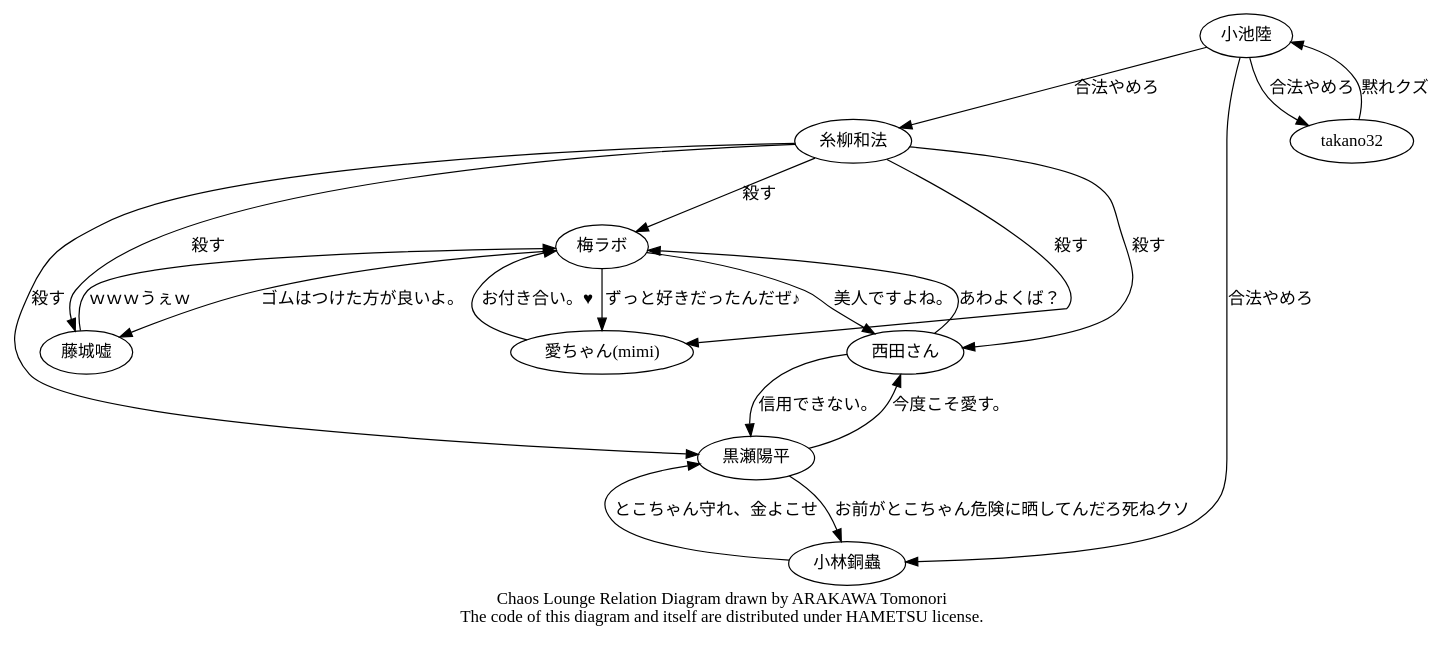
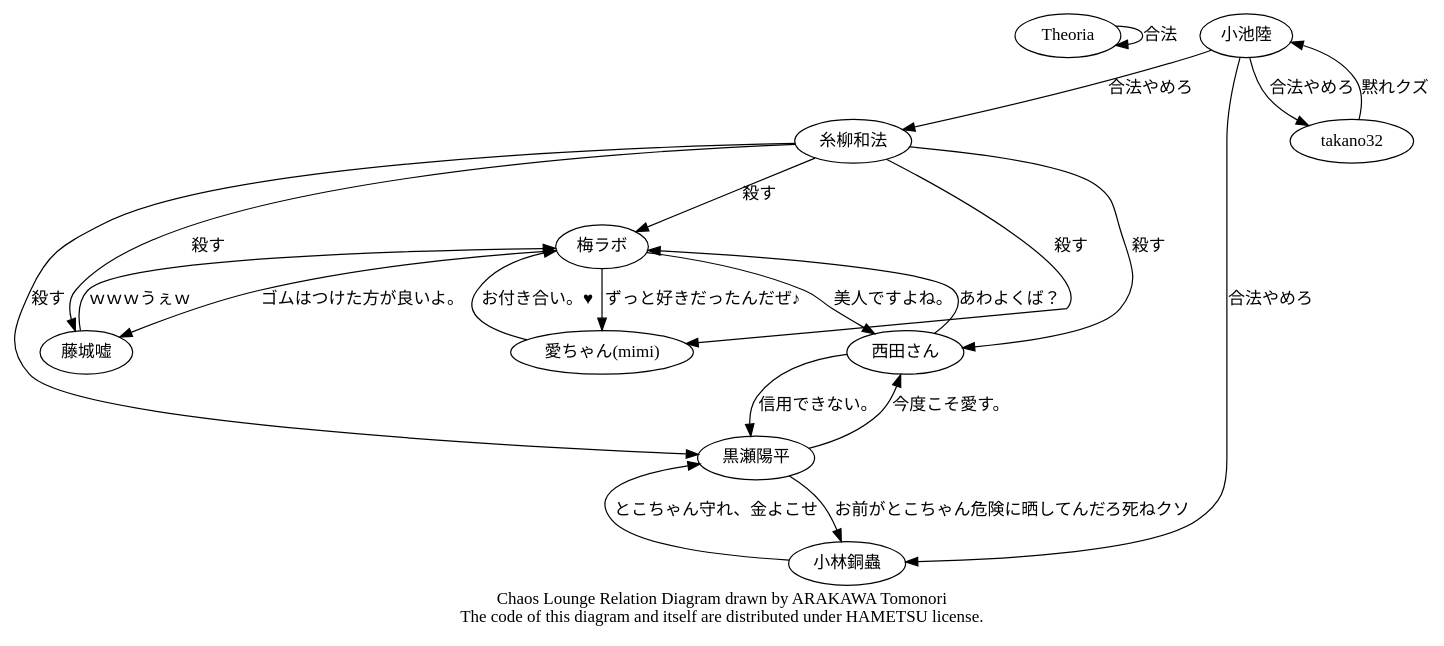
The diagram in chaos.dot (takano32/DynamicRelationGraph), drawn with Graphviz before and after one commit.

Commit message:
add theoria

```diff
--- a/chaos.dot
+++ b/chaos.dot
@@ -1,28 +1,29 @@
 digraph Chaos {
 	node [fontname="MSUIGOTHIC.ttf"];
-	梅ラボ   -> 藤城嘘   [label = "ゴムはつけた方が良いよ。"];
-	梅ラボ   -> 西田さん [label = "美人ですよね。"];
+	Theoria   -> Theoria  [label = "合法"];
+	梅ラボ    -> 藤城嘘   [label = "ゴムはつけた方が良いよ。"];
+	梅ラボ    -> 西田さん [label = "美人ですよね。"];
 	梅ラボ -> "愛ちゃん(mimi)" [label = "ずっと好きだったんだぜ♪"];
 	藤城嘘   -> 梅ラボ   [label = "ｗｗｗうぇｗ"];
 	西田さん -> 梅ラボ   [label = "あわよくば？"];
 	西田さん -> 黒瀬陽平 [label = "信用できない。"];
 	黒瀬陽平 -> 西田さん [label = "今度こそ愛す。"];
 	"愛ちゃん(mimi)" -> 梅ラボ [label = "お付き合い。♥"];
 	糸柳和法 -> 梅ラボ  [label = "殺す"];
 	糸柳和法 -> 藤城嘘   [label = "殺す"];
 	糸柳和法 -> 黒瀬陽平 [label = "殺す"];
 	糸柳和法 -> 西田さん [label = "殺す"];
 	糸柳和法 -> "愛ちゃん(mimi)" [label = "殺す"];
 	小池陸 -> 糸柳和法 [label = "合法やめろ"];
 	小池陸 -> takano32 [label = "合法やめろ"];
 	小池陸 -> 小林銅蟲 [label = "合法やめろ"];
 	小林銅蟲 -> 黒瀬陽平 [label = "とこちゃん守れ、金よこせ"];
 	黒瀬陽平 -> 小林銅蟲 [label = "お前がとこちゃん危険に晒してんだろ死ねクソ"];
 	takano32 -> 小池陸 [label = "黙れクズ"];
 	subgraph cluster_main_culprits {
 		 style = filled;
 		 color = lightgrey;
 		 // see also http://graphviz.org/content/cluster
 	}
 	label = "Chaos Lounge Relation Diagram drawn by ARAKAWA Tomonori\nThe code of this diagram and itself are distributed under HAMETSU license.";
 }
```
